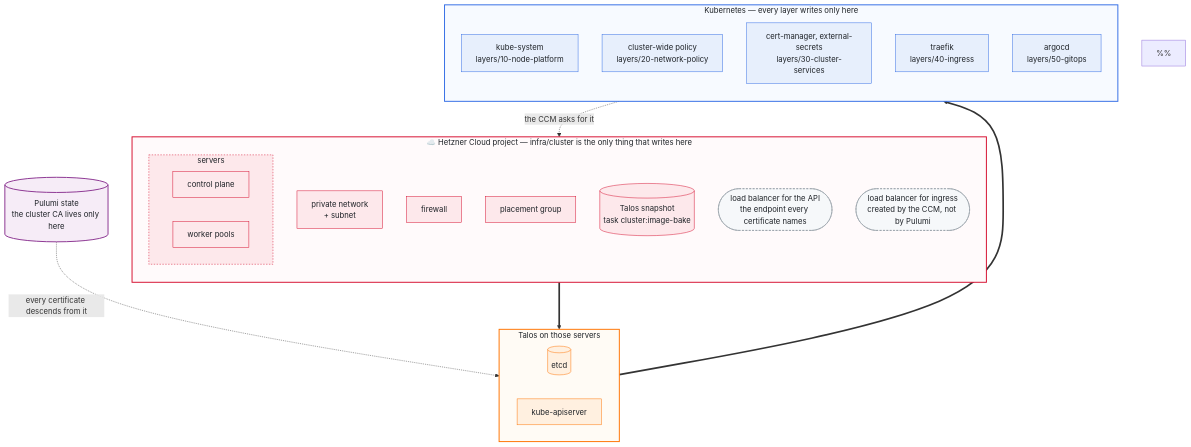
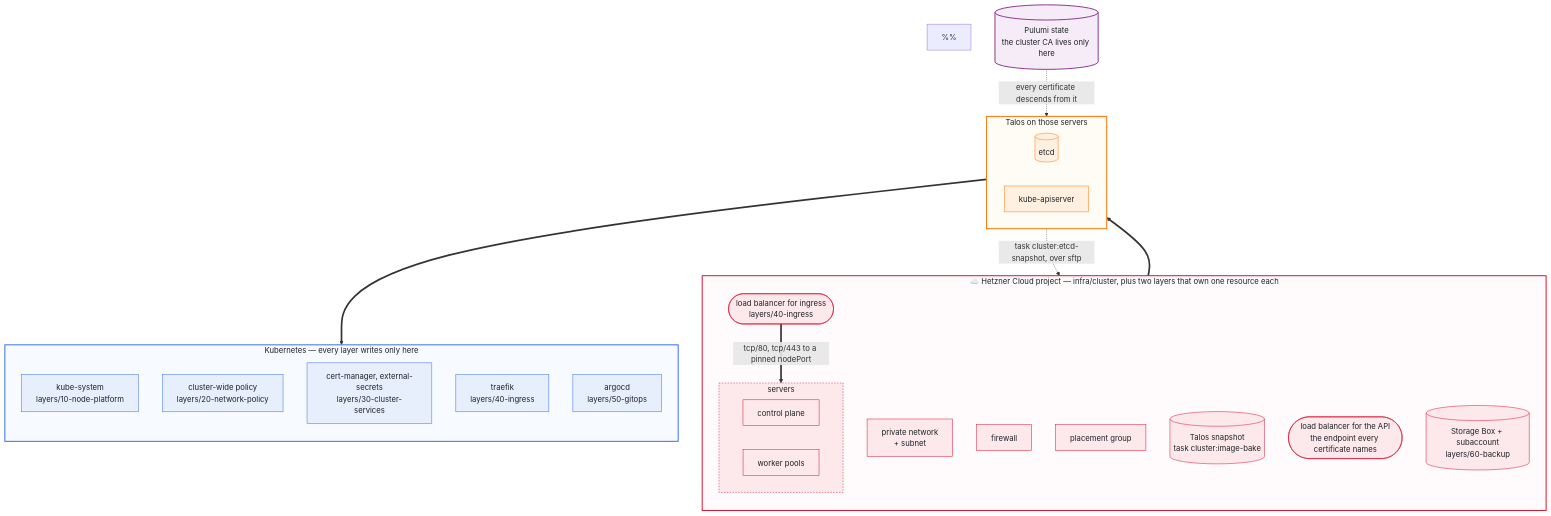
One commit to oleg-tkachuk/hetzner-iac changed the first of 3 diagrams in docs/design.md. Above: the diagram before and after it, drawn with Mermaid. The commit also changed other lines of this file and 6 other files, not shown here.

````diff
--- a/docs/design.md
+++ b/docs/design.md
@@ -12,65 +12,67 @@
 ```mermaid
 flowchart TB
     %% Palette from the README badges: Hetzner red, Talos orange, Kubernetes
     %% blue, so the header and the diagrams read as one thing and the colour
     %% says whose territory a box is in.
     %%
     %% Fills are pale and text is near-black explicitly. GitHub renders this in
     %% both themes, and a colour left to the theme picks one of them and is
     %% unreadable in the other.
     classDef hetzner fill:#fde8eb,stroke:#d50c2d,stroke-width:1px,color:#1f2328
     classDef talos fill:#fff0e0,stroke:#ff7300,stroke-width:1px,color:#1f2328
     classDef kube fill:#e7effc,stroke:#326ce5,stroke-width:1px,color:#1f2328
     classDef derived fill:#f6f8fa,stroke:#8c959f,stroke-width:1px,stroke-dasharray:4 3,color:#1f2328
     classDef state fill:#f6ecf7,stroke:#8a3391,stroke-width:2px,color:#1f2328
 
-    subgraph hetzner["☁️ Hetzner Cloud project — infra/cluster is the only thing that writes here"]
+    subgraph hetzner["☁️ Hetzner Cloud project — infra/cluster, plus two layers that own one resource each"]
         direction TB
         net["private network<br/>+ subnet"]
         fw["firewall"]
         pg["placement group"]
         snap[("Talos snapshot<br/>task cluster:image-bake")]
 
         subgraph servers["servers"]
             direction LR
             cp["control plane"]
             wk["worker pools"]
         end
 
         apilb(["load balancer for the API<br/>the endpoint every certificate names"])
-        inglb(["load balancer for ingress<br/>created by the CCM, not by Pulumi"])
+        inglb(["load balancer for ingress<br/>layers/40-ingress"])
+        box[("Storage Box + subaccount<br/>layers/60-backup")]
     end
 
     subgraph talos["Talos on those servers"]
         direction LR
         etcd[("etcd")]
         api["kube-apiserver"]
     end
 
     subgraph k8s["Kubernetes — every layer writes only here"]
         direction TB
         ks["kube-system<br/>layers/10-node-platform"]
         pol["cluster-wide policy<br/>layers/20-network-policy"]
         cmns["cert-manager, external-secrets<br/>layers/30-cluster-services"]
         tns["traefik<br/>layers/40-ingress"]
         argons["argocd<br/>layers/50-gitops"]
     end
 
     trust[("Pulumi state<br/>the cluster CA lives only here")]
 
     trust -.->|"every certificate descends from it"| talos
     servers ==> talos
     talos ==> k8s
-    ks -.->|"the CCM asks for it"| inglb
+    inglb ==>|"tcp/80, tcp/443 to a pinned nodePort"| servers
+    etcd -.->|"task cluster:etcd-snapshot, over sftp"| box
 
-    class net,fw,pg,snap,cp,wk hetzner
-    class apilb,inglb derived
+    class net,fw,pg,snap,cp,wk,box hetzner
+    class apilb,inglb hetzner
     class etcd,api talos
     class ks,pol,cmns,tns,argons kube
     class trust state
 
     style hetzner fill:#fffafb,stroke:#d50c2d,stroke-width:2px,color:#1f2328
     style servers fill:#fde8eb,stroke:#d50c2d,stroke-dasharray:3 3,color:#1f2328
     style talos fill:#fffbf5,stroke:#ff7300,stroke-width:2px,color:#1f2328
     style k8s fill:#f7faff,stroke:#326ce5,stroke-width:2px,color:#1f2328
 ```
````
